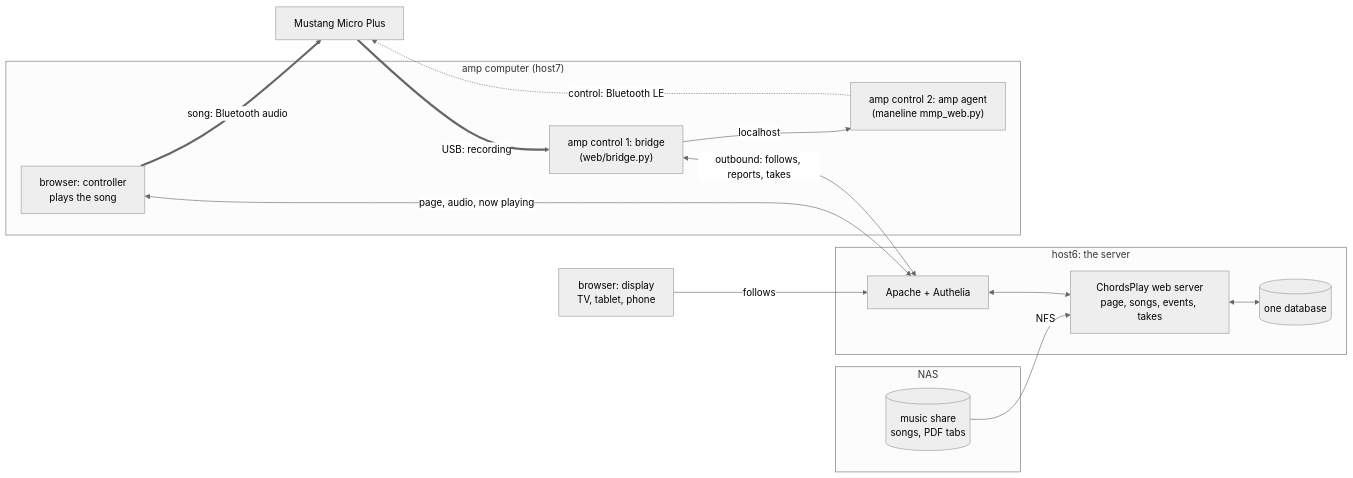
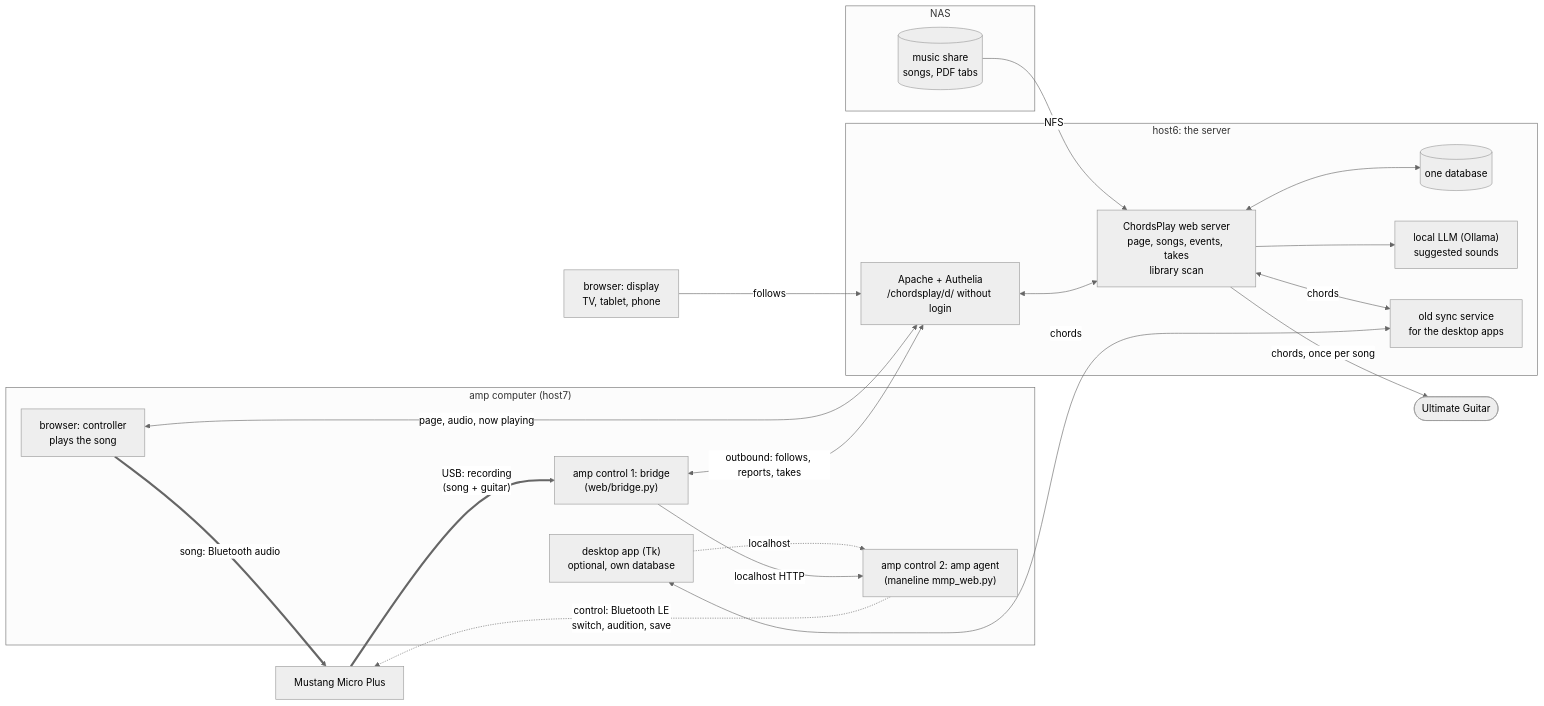
One commit to joba-1/ChordsPlay changed the first of 2 diagrams in docs/web.md. Above: the diagram before and after it, drawn with Mermaid (neutral theme). The commit also changed other lines of this file and 12 other files, not shown here.

Commit message:
Docs corrected against the code: web.md, spec-amp.md, README, test.md, sync README (knobs, amp control wording, idle, levels from signal or played, locks in the sync, firmware 1.0.29); diagrams as mermaid; stale references fixed

````diff
--- a/docs/web.md
+++ b/docs/web.md
@@ -186,28 +193,37 @@
 ```mermaid
 flowchart LR
   subgraph nas[NAS]
     share[("music share<br>songs, PDF tabs")]
   end
+  ug(["Ultimate Guitar"])
   subgraph host6["host6: the server"]
-    apache["Apache + Authelia"]
-    web["ChordsPlay web server<br>page, songs, events, takes"]
+    apache["Apache + Authelia<br>/chordsplay/d/ without login"]
+    web["ChordsPlay web server<br>page, songs, events, takes<br>library scan"]
     db[("one database")]
+    llm["local LLM (Ollama)<br>suggested sounds"]
+    sync["old sync service<br>for the desktop apps"]
   end
   subgraph host7["amp computer (host7)"]
     ctl["browser: controller<br>plays the song"]
     bridge["amp control 1: bridge<br>(web/bridge.py)"]
     agent["amp control 2: amp agent<br>(maneline mmp_web.py)"]
+    tk["desktop app (Tk)<br>optional, own database"]
   end
   mmp["Mustang Micro Plus"]
   disp["browser: display<br>TV, tablet, phone"]
   share -- NFS --> web
   web <--> db
+  web -- "chords, once per song" --> ug
+  web --> llm
+  web <-- chords --> sync
+  tk <-- chords --> sync
+  tk -. localhost .-> agent
   apache <--> web
   ctl <-- "page, audio, now playing" --> apache
   disp -- follows --> apache
   bridge <-- "outbound: follows, reports, takes" --> apache
-  bridge -- localhost --> agent
+  bridge -- "localhost HTTP" --> agent
   ctl == "song: Bluetooth audio" ==> mmp
-  agent -. "control: Bluetooth LE" .-> mmp
-  mmp == "USB: recording" ==> bridge
+  agent -. "control: Bluetooth LE<br>switch, audition, save" .-> mmp
+  mmp == "USB: recording<br>(song + guitar)" ==> bridge
 ```
````
